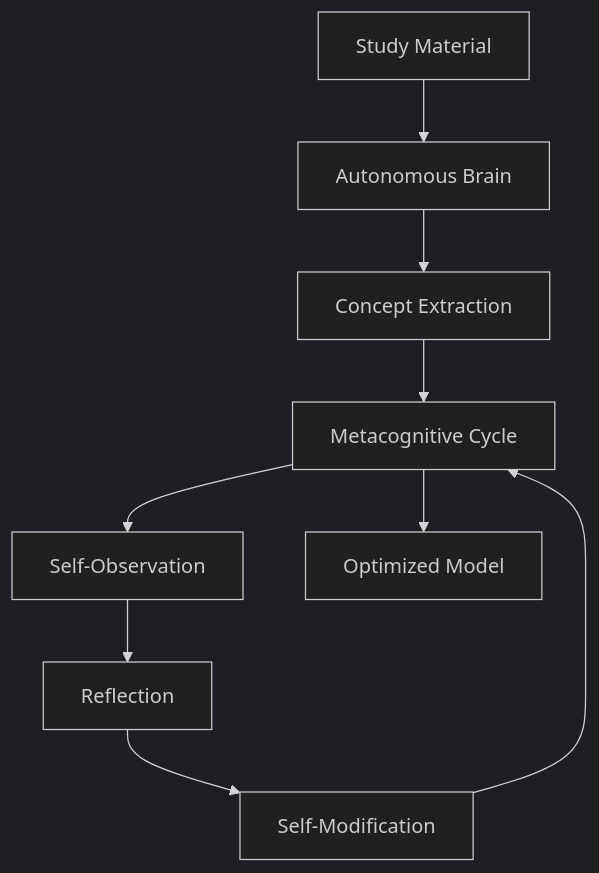
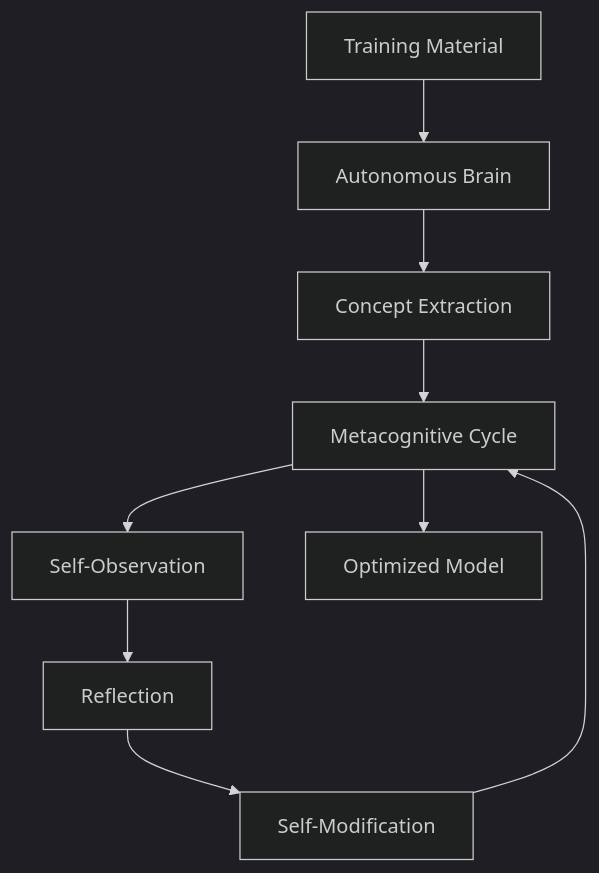
The diagram in README.md (janxhg/OpenMetaCognitionAI), drawn with Mermaid (dark theme) before and after one commit. The commit also changed other lines of this file, not shown here.

````diff
--- a/README.md
+++ b/README.md
@@ -38,11 +30,11 @@
 ```mermaid
 flowchart TD
-    A[Study Material] --> B[Autonomous Brain]
+    A[Training Material] --> B[Autonomous Brain]
     B --> C[Concept Extraction]
     C --> D[Metacognitive Cycle]
     D --> E[Self-Observation]
     E --> F[Reflection]
     F --> G[Self-Modification]
     G --> D
     D --> H[Optimized Model]
 ```
````
